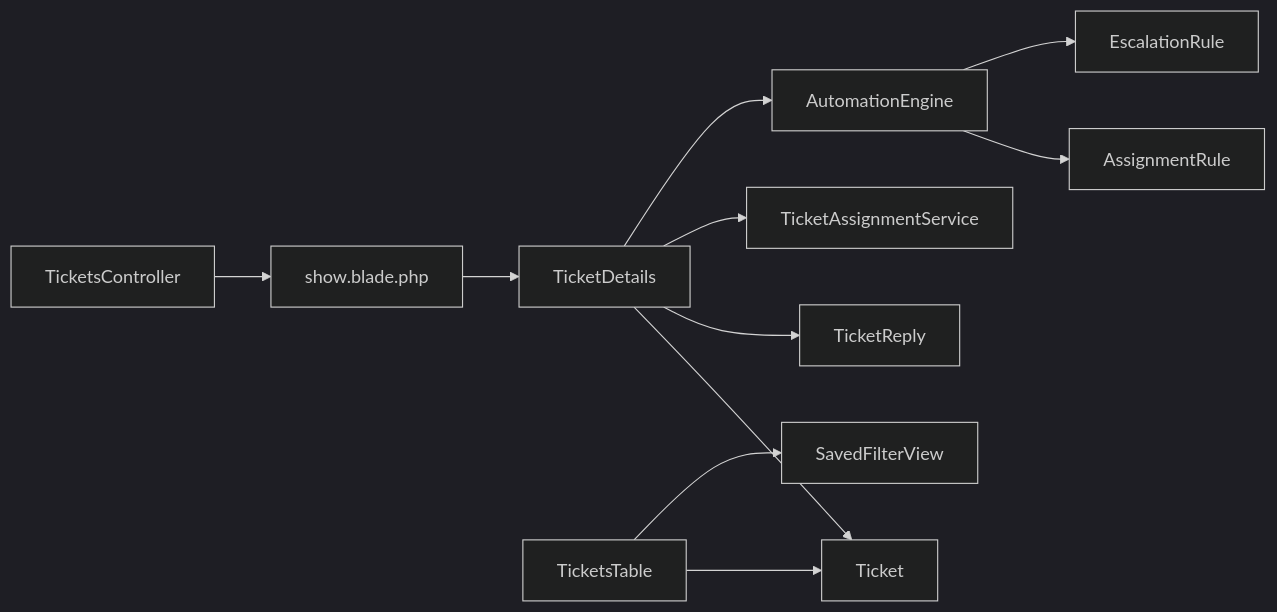
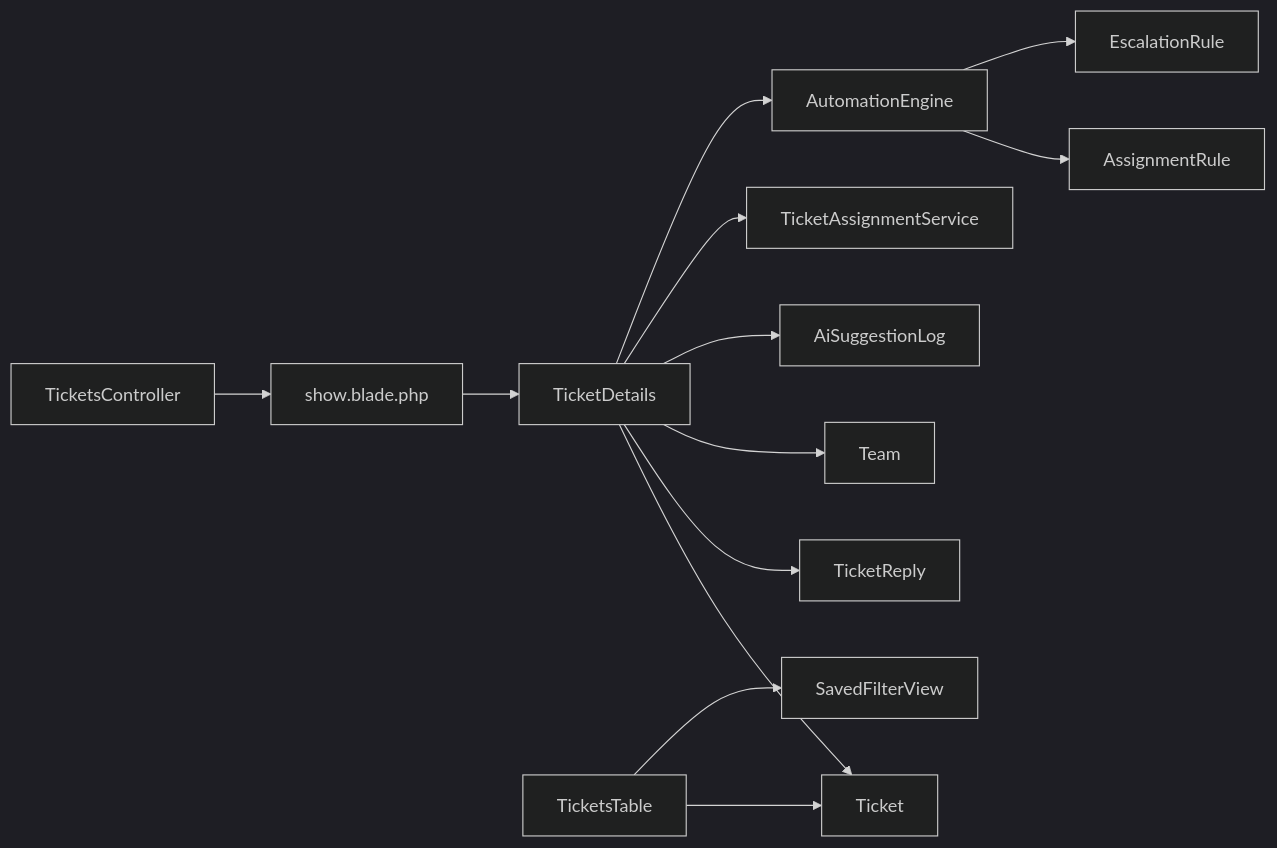
One commit to younesgamer68/helpdesk-system changed the tenth of 10 diagrams in .qoder/repowiki/en/content/Ticket Management System/Ticket Management System.md. Above: the diagram before and after it, drawn with Mermaid (dark theme). The commit also changed other lines of this file and 12 other files, not shown here.

````diff
--- a/.qoder/repowiki/en/content/Ticket Management System/Ticket Management System.md
+++ b/.qoder/repowiki/en/content/Ticket Management System/Ticket Management System.md
@@ -361,13 +471,15 @@
 ```mermaid
 graph LR
 Ctrl["TicketsController"] --> View["show.blade.php"]
 View --> LW["TicketDetails"]
 LW --> M_T["Ticket"]
 LW --> M_R["TicketReply"]
+LW --> M_Team["Team"]
+LW --> M_AI["AiSuggestionLog"]
 LW --> S_Asg["TicketAssignmentService"]
 LW --> S_Auto["AutomationEngine"]
 TT["TicketsTable"] --> M_T
 TT --> M_View["SavedFilterView"]
 S_Auto --> R_Assign["AssignmentRule"]
 S_Auto --> R_Escalate["EscalationRule"]
 ```
````
